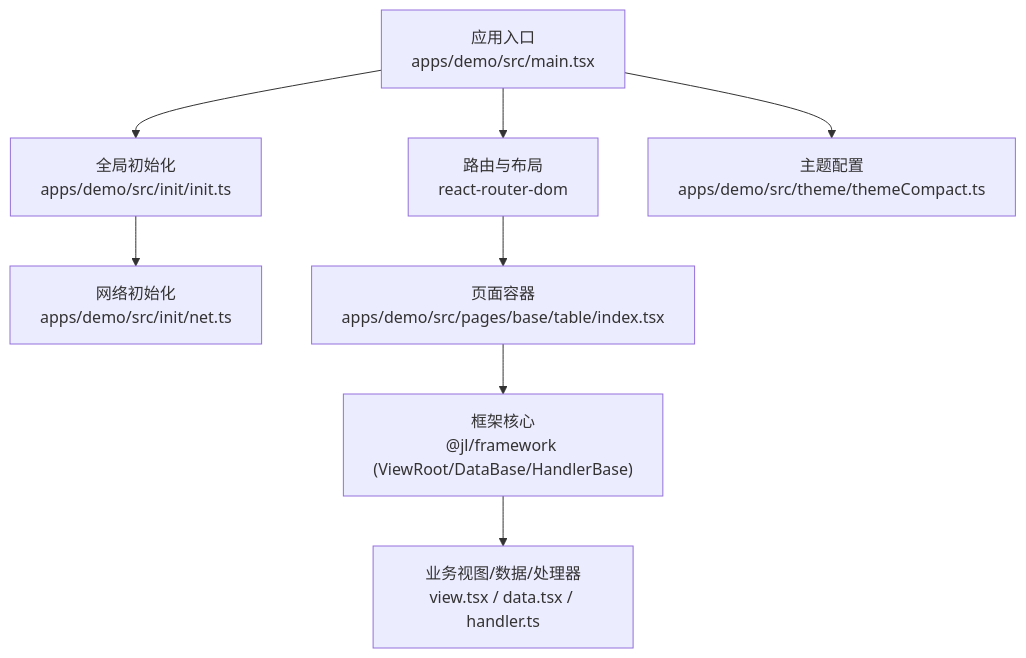
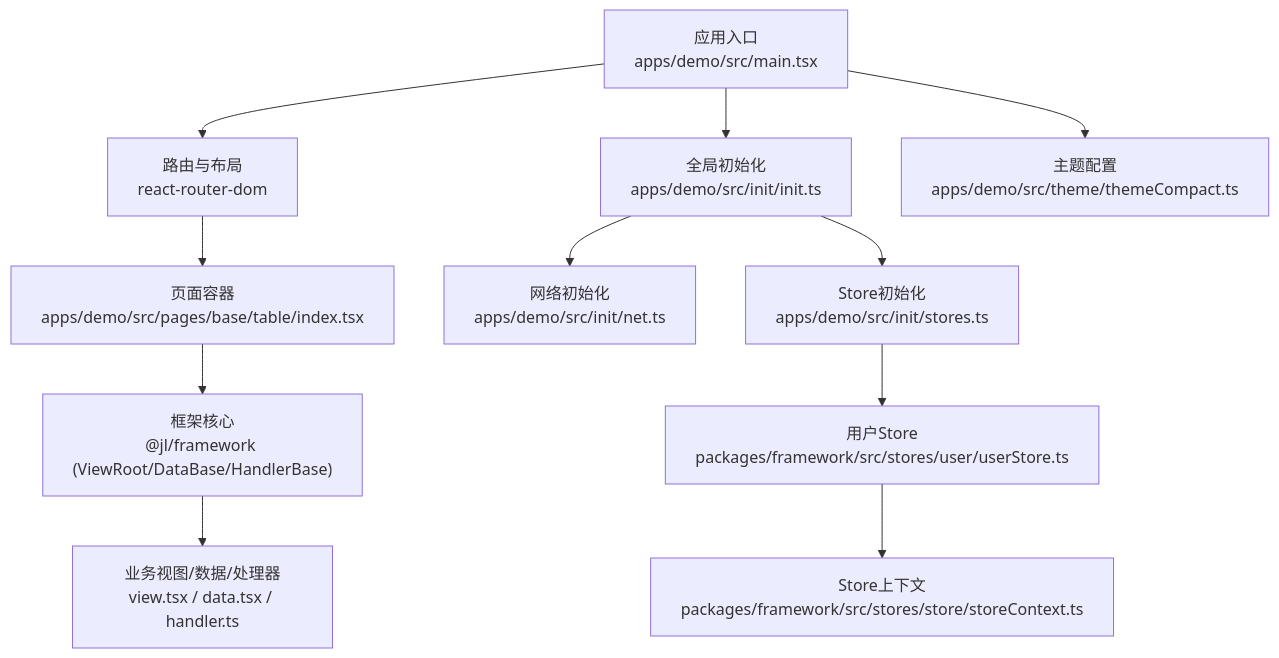
One commit to liqiongke/FrontArk changed the first of 4 diagrams in .qoder/repowiki/zh/content/架构设计/组件化架构/组件开发规范.md. Above: the diagram before and after it, drawn with Mermaid. The commit also changed other lines of this file and 25 other files, not shown here.

````diff
--- a/.qoder/repowiki/zh/content/架构设计/组件化架构/组件开发规范.md
+++ b/.qoder/repowiki/zh/content/架构设计/组件化架构/组件开发规范.md
@@ -42,10 +61,13 @@
 ```mermaid
 graph TB
 A["应用入口<br/>apps/demo/src/main.tsx"] --> B["路由与布局<br/>react-router-dom"]
 A --> C["全局初始化<br/>apps/demo/src/init/init.ts"]
 C --> D["网络初始化<br/>apps/demo/src/init/net.ts"]
-A --> E["主题配置<br/>apps/demo/src/theme/themeCompact.ts"]
-B --> F["页面容器<br/>apps/demo/src/pages/base/table/index.tsx"]
-F --> G["框架核心<br/>@jl/framework (ViewRoot/DataBase/HandlerBase)"]
-G --> H["业务视图/数据/处理器<br/>view.tsx / data.tsx / handler.ts"]
+C --> E["Store初始化<br/>apps/demo/src/init/stores.ts"]
+A --> F["主题配置<br/>apps/demo/src/theme/themeCompact.ts"]
+B --> G["页面容器<br/>apps/demo/src/pages/base/table/index.tsx"]
+G --> H["框架核心<br/>@jl/framework (ViewRoot/DataBase/HandlerBase)"]
+H --> I["业务视图/数据/处理器<br/>view.tsx / data.tsx / handler.ts"]
+E --> J["用户Store<br/>packages/framework/src/stores/user/userStore.ts"]
+J --> K["Store上下文<br/>packages/framework/src/stores/store/storeContext.ts"]
 ```
````
